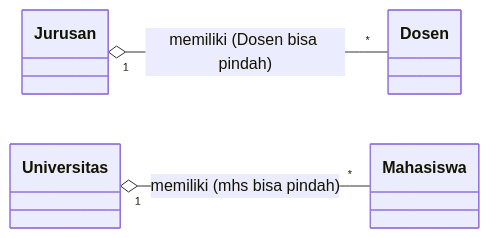
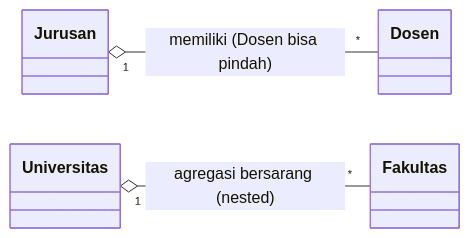
Before and after one commit to antonprafanto/PBO2026: the third of 11 diagrams in Materi_05_Hubungan_Kelas_dan_UML/materi.md, drawn with Mermaid. The commit also changed other lines of this file, not shown here.

Commit message:
docs(materi05): fix egregious theory vs codebase mapping in Agregasi
- Corrected 'Contoh Dunia Nyata' UML: Swapped fictional 'Universitas -> Mahasiswa' with accurate 'Universitas -> Fakultas' mapping that matches the actual codebase implementation (

````diff
--- a/Materi_05_Hubungan_Kelas_dan_UML/materi.md
+++ b/Materi_05_Hubungan_Kelas_dan_UML/materi.md
@@ -138,10 +138,10 @@
 ```mermaid
 classDiagram
     direction LR
     class Jurusan
     class Dosen
     class Universitas
-    class Mahasiswa
+    class Fakultas
     Jurusan "1" o-- "*" Dosen : memiliki (Dosen bisa pindah)
-    Universitas "1" o-- "*" Mahasiswa : memiliki (mhs bisa pindah)
+    Universitas "1" o-- "*" Fakultas : agregasi bersarang (nested)
 ```
````
